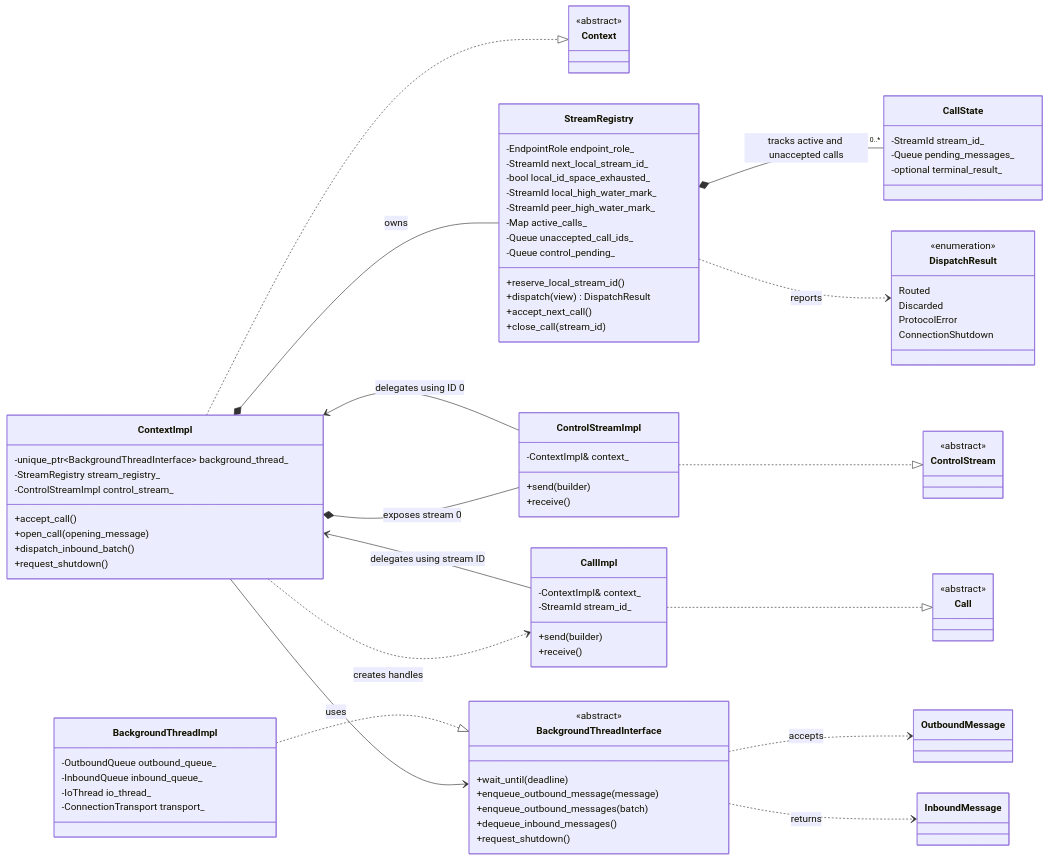
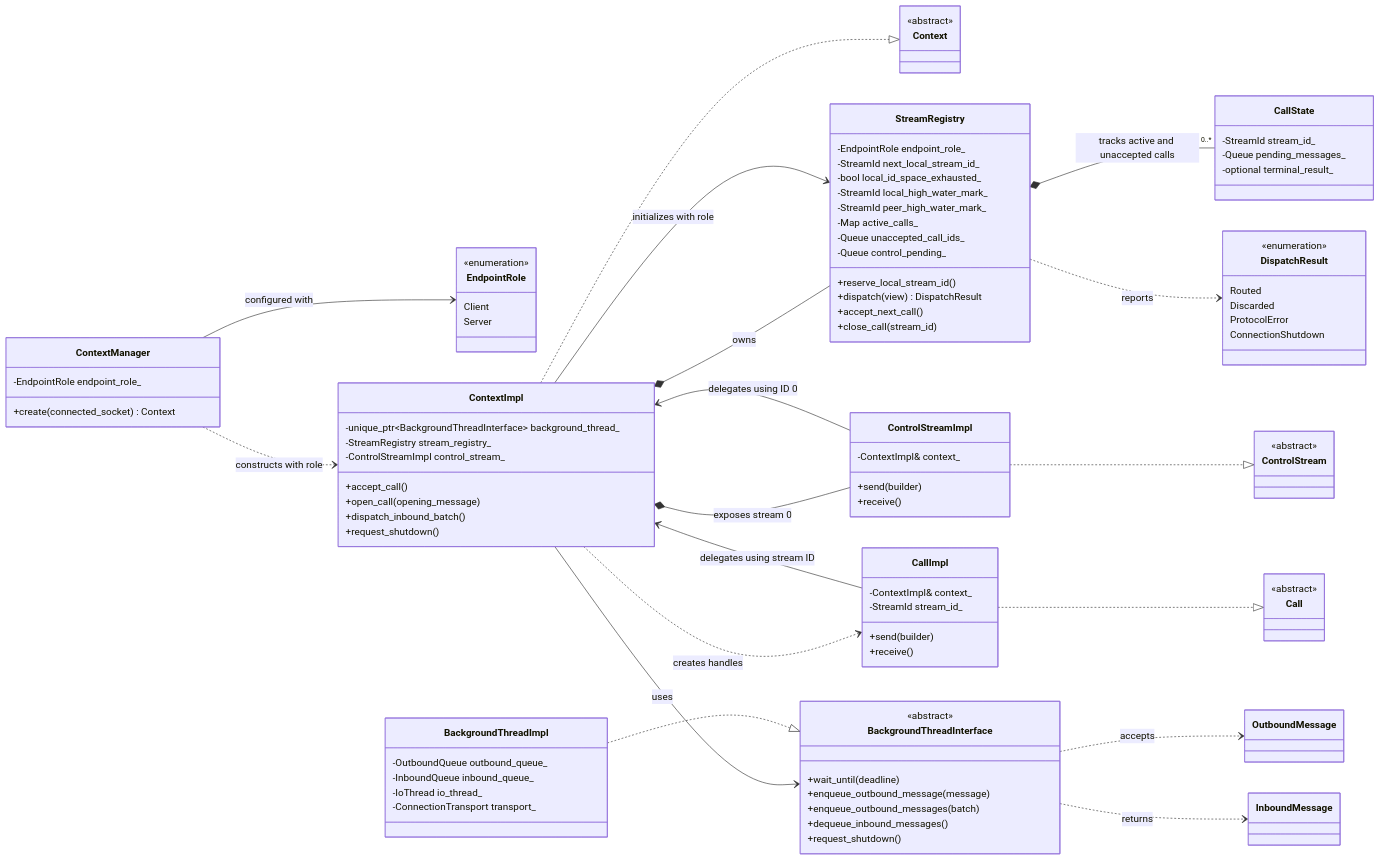
The diagram in doc/design/v2/runner/stream_management.md (exasol/udf-runner-cpp), drawn with Mermaid before and after one commit. The commit also changed other lines of this file and 2 other files, not shown here.

Commit message:
Added endpoint role (client or server) details.

```diff
--- a/doc/design/v2/runner/stream_management.md
+++ b/doc/design/v2/runner/stream_management.md
@@ -193,6 +195,15 @@
 }
 class ControlStream {
     <<abstract>>
+}
+class EndpointRole {
+    <<enumeration>>
+    Client
+    Server
+}
+class ContextManager {
+    -EndpointRole endpoint_role_
+    +create(connected_socket) Context
 }
 class ContextImpl {
     -unique_ptr~BackgroundThreadInterface~ background_thread_
@@ -260,7 +271,10 @@
 ContextImpl ..|> Context
 CallImpl ..|> Call
 ControlStreamImpl ..|> ControlStream
+ContextManager --> EndpointRole : configured with
+ContextManager ..> ContextImpl : constructs with role
 ContextImpl *-- StreamRegistry : owns
+ContextImpl --> StreamRegistry : initializes with role
 ContextImpl *-- ControlStreamImpl : exposes stream 0
 ContextImpl --> BackgroundThreadInterface : uses
 ContextImpl ..> CallImpl : creates handles
```
